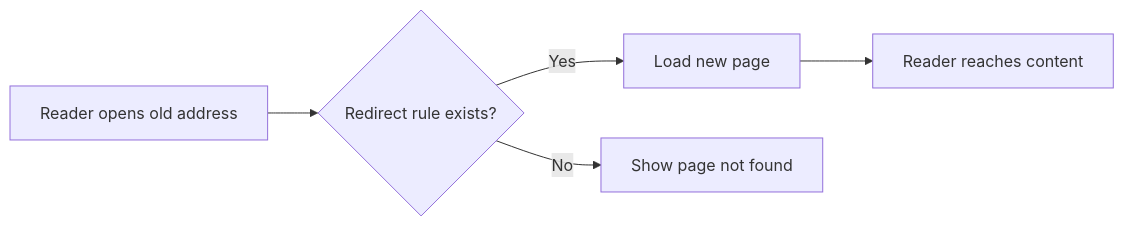
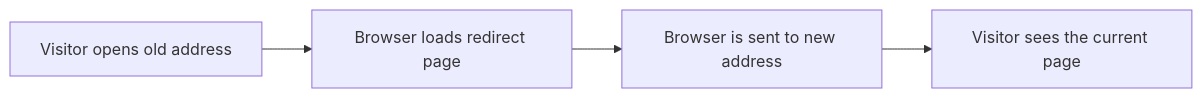
The diagram in api2-documentation/plan_2026-11-02_f8890e/user-facing-docs/client-side-redirects.md (Mohita111/API2), drawn with Mermaid before and after one commit. The commit also changed other lines of this file and 11 other files, not shown here.

````diff
--- a/api2-documentation/plan_2026-11-02_f8890e/user-facing-docs/client-side-redirects.md
+++ b/api2-documentation/plan_2026-11-02_f8890e/user-facing-docs/client-side-redirects.md
@@ -40,7 +28,6 @@
 ```mermaid
 graph LR
-    A["Reader opens old address"] --> B{"Redirect rule exists?"}
-    B -->|"Yes"| C["Load new page"]
-    B -->|"No"| D["Show page not found"]
-    C --> E["Reader reaches content"]
+  A[Visitor opens old address] --> B[Browser loads redirect page]
+  B --> C[Browser is sent to new address]
+  C --> D[Visitor sees the current page]
 ```
````
